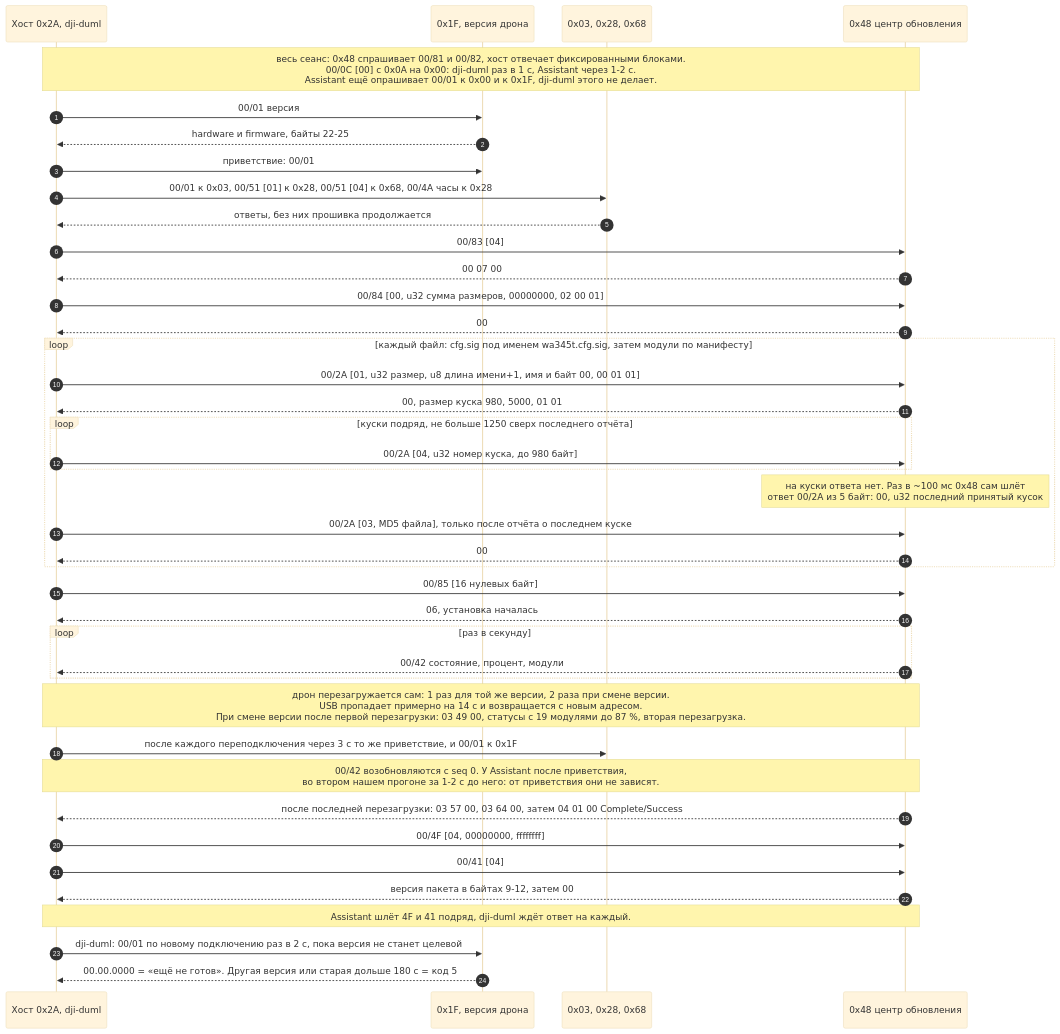
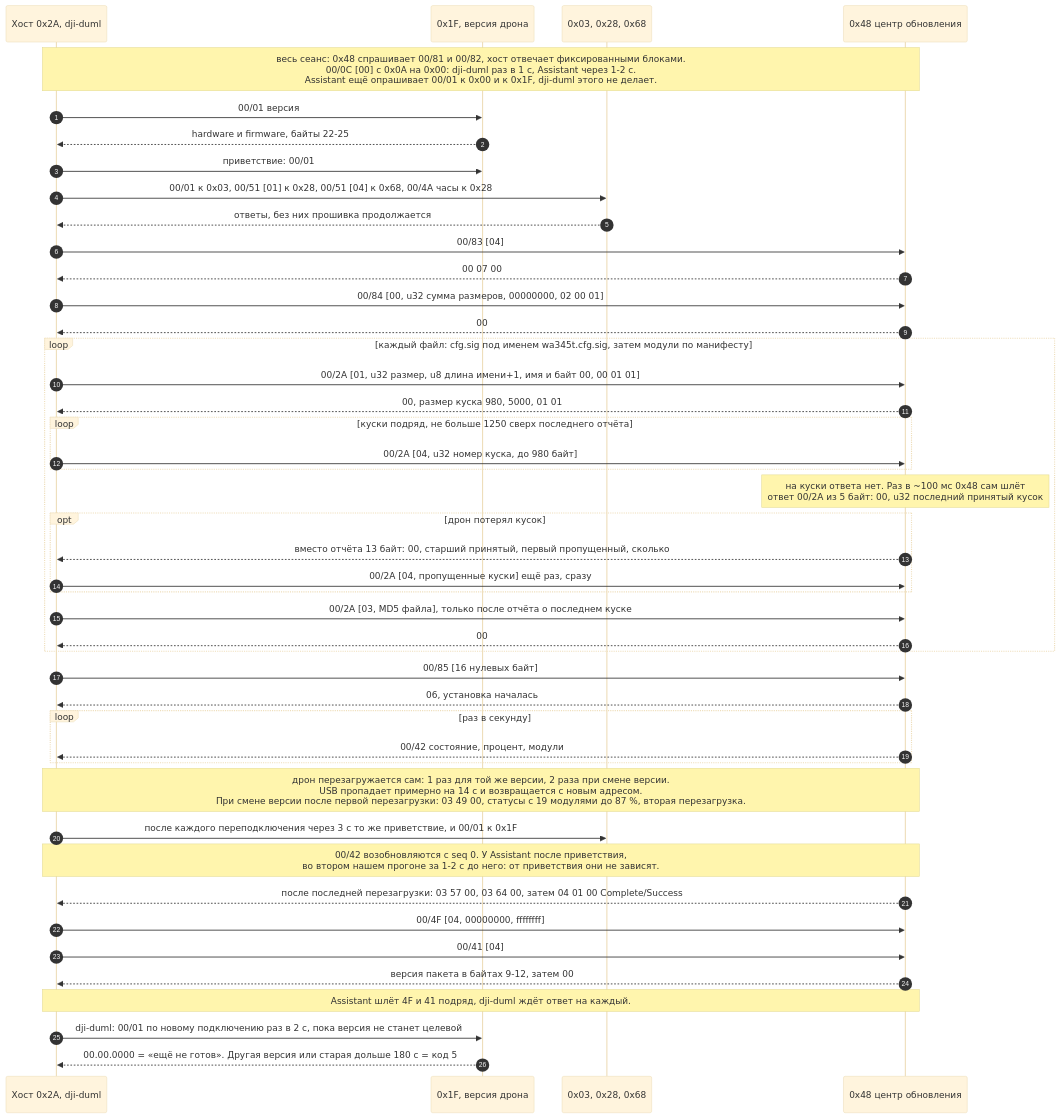
Before and after one commit to kewl-ua/m4_cli_flasher: the second of 3 diagrams in docs/duml.md, drawn with Mermaid (base theme). The commit also changed other lines of this file and 11 other files, not shown here.

````diff
--- a/docs/duml.md
+++ b/docs/duml.md
@@ -112,43 +116,47 @@
 ```mermaid
 sequenceDiagram
     autonumber
     participant H as Хост 0x2A, dji-duml
     participant F as 0x1F, версия дрона
     participant M as 0x03, 0x28, 0x68
     participant U as 0x48 центр обновления
     Note over H,U: весь сеанс: 0x48 спрашивает 00/81 и 00/82, хост отвечает фиксированными блоками.<br/>00/0C [00] с 0x0A на 0x00: dji-duml раз в 1 с, Assistant через 1-2 с.<br/>Assistant ещё опрашивает 00/01 к 0x00 и к 0x1F, dji-duml этого не делает.
     H->>F: 00/01 версия
     F-->>H: hardware и firmware, байты 22-25
     H->>F: приветствие: 00/01
     H->>M: 00/01 к 0x03, 00/51 [01] к 0x28, 00/51 [04] к 0x68, 00/4A часы к 0x28
     M-->>H: ответы, без них прошивка продолжается
     H->>U: 00/83 [04]
     U-->>H: 00 07 00
     H->>U: 00/84 [00, u32 сумма размеров, 00000000, 02 00 01]
     U-->>H: 00
     loop каждый файл: cfg.sig под именем wa345t.cfg.sig, затем модули по манифесту
         H->>U: 00/2A [01, u32 размер, u8 длина имени+1, имя и байт 00, 00 01 01]
         U-->>H: 00, размер куска 980, 5000, 01 01
         loop куски подряд, не больше 1250 сверх последнего отчёта
             H->>U: 00/2A [04, u32 номер куска, до 980 байт]
         end
         Note over U: на куски ответа нет. Раз в ~100 мс 0x48 сам шлёт<br/>ответ 00/2A из 5 байт: 00, u32 последний принятый кусок
+        opt дрон потерял кусок
+            U-->>H: вместо отчёта 13 байт: 00, старший принятый, первый пропущенный, сколько
+            H->>U: 00/2A [04, пропущенные куски] ещё раз, сразу
+        end
         H->>U: 00/2A [03, MD5 файла], только после отчёта о последнем куске
         U-->>H: 00
     end
     H->>U: 00/85 [16 нулевых байт]
     U-->>H: 06, установка началась
     loop раз в секунду
         U-->>H: 00/42 состояние, процент, модули
     end
     Note over H,U: дрон перезагружается сам: 1 раз для той же версии, 2 раза при смене версии.<br/>USB пропадает примерно на 14 с и возвращается с новым адресом.<br/>При смене версии после первой перезагрузки: 03 49 00, статусы с 19 модулями до 87 %, вторая перезагрузка.
     H->>M: после каждого переподключения через 3 с то же приветствие, и 00/01 к 0x1F
     Note over H,U: 00/42 возобновляются с seq 0. У Assistant после приветствия,<br/>во втором нашем прогоне за 1-2 с до него: от приветствия они не зависят.
     U-->>H: после последней перезагрузки: 03 57 00, 03 64 00, затем 04 01 00 Complete/Success
     H->>U: 00/4F [04, 00000000, ffffffff]
     H->>U: 00/41 [04]
     U-->>H: версия пакета в байтах 9-12, затем 00
     Note over H,U: Assistant шлёт 4F и 41 подряд, dji-duml ждёт ответ на каждый.
     H->>F: dji-duml: 00/01 по новому подключению раз в 2 с, пока версия не станет целевой
     F-->>H: 00.00.0000 = «ещё не готов». Другая версия или старая дольше 180 с = код 5
 ```
````
